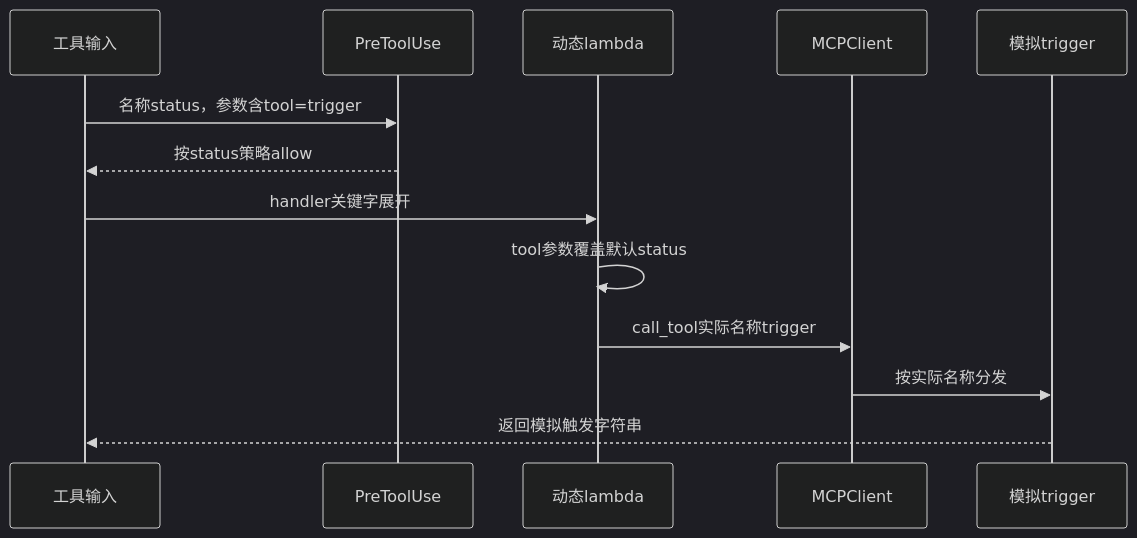
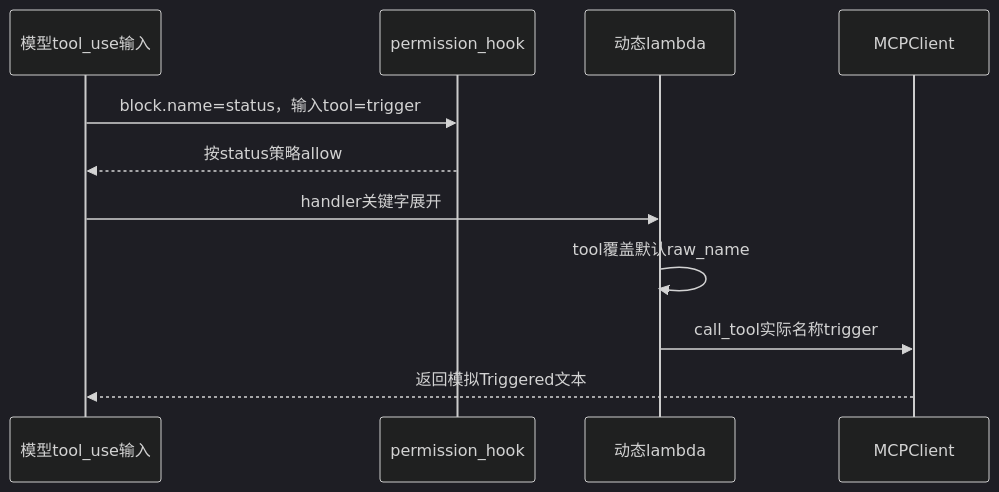
Before and after one commit to LiuXin19996/learn-claude-code: diagram 13 of 16 in .md/s15_integrated_harness.md, drawn with Mermaid (dark theme). The commit also changed other lines of this file and 11 other files, not shown here.

````diff
--- a/.md/s15_integrated_harness.md
+++ b/.md/s15_integrated_harness.md
@@ -2719,15 +5796,13 @@
-```mermaid
+~~~mermaid
 sequenceDiagram
-    participant I as 工具输入
-    participant P as PreToolUse
+    participant I as 模型tool_use输入
+    participant P as permission_hook
     participant H as 动态lambda
-    participant C as MCPClient
-    participant T as 模拟trigger
-    I->>P: 名称status，参数含tool=trigger
+    participant M as MCPClient
+    I->>P: block.name=status，输入tool=trigger
     P-->>I: 按status策略allow
     I->>H: handler关键字展开
-    H->>H: tool参数覆盖默认status
-    H->>C: call_tool实际名称trigger
-    C->>T: 按实际名称分发
-    T-->>I: 返回模拟触发字符串
-```
+    H->>H: tool覆盖默认raw_name
+    H->>M: call_tool实际名称trigger
+    M-->>I: 返回模拟Triggered文本
+~~~
````
